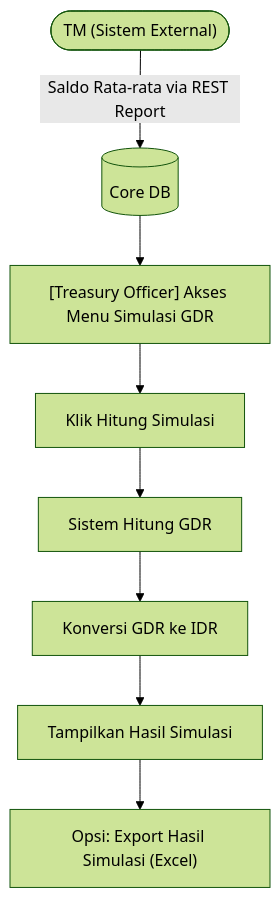
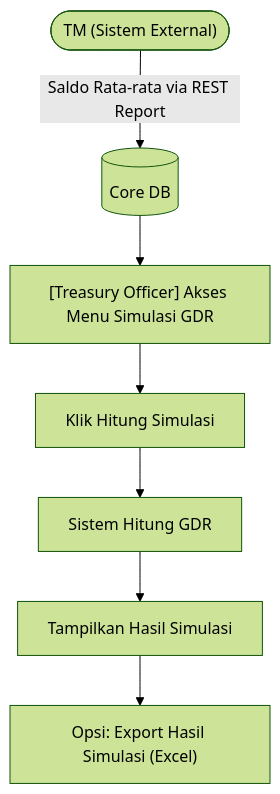
Before and after one commit to wisnu/ibank-docs: the eighth of 9 diagrams in docs/bcas/saku_valas/fsd_sakuvalas.md, drawn with Mermaid (forest theme). The commit also changed other lines of this file, not shown here.

Commit message:
docs: update GDR simulation process flow and refine pre-condition description in FSD Saku Valas

````diff
--- a/docs/bcas/saku_valas/fsd_sakuvalas.md
+++ b/docs/bcas/saku_valas/fsd_sakuvalas.md
@@ -611,10 +611,9 @@
 ```mermaid
 flowchart TD
     TM1(["TM (Sistem External)"]) -->|"Saldo Rata-rata via REST Report"| DB[("Core DB")]
     DB --> A["[Treasury Officer] Akses Menu Simulasi GDR"]
     A --> B["Klik Hitung Simulasi"]
     B --> C["Sistem Hitung GDR"]
-    C --> D["Konversi GDR ke IDR"]
-    D --> E["Tampilkan Hasil Simulasi"]
-    E --> F["Opsi: Export Hasil Simulasi (Excel)"]
+    C --> D["Tampilkan Hasil Simulasi"]
+    D --> E["Opsi: Export Hasil Simulasi (Excel)"]
 ```
````
